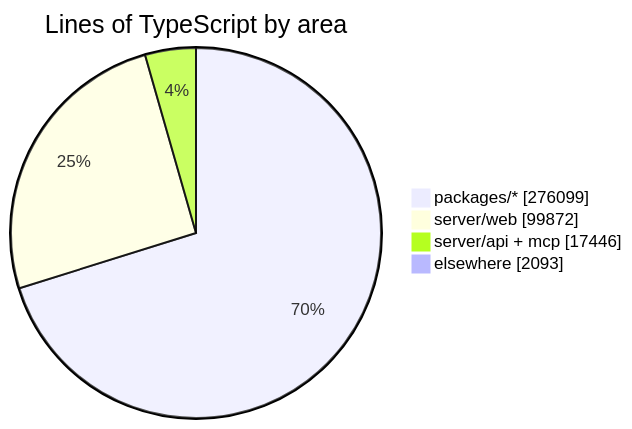
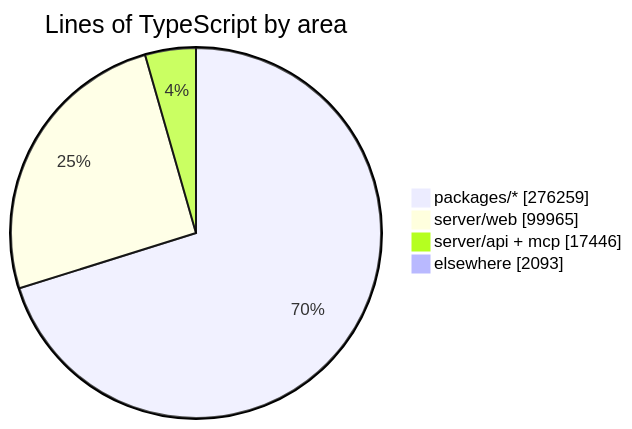
One commit to crossworks-engineering/mantle changed the diagram in README.md. Above: the diagram before and after it, drawn with Mermaid. The commit also changed other lines of this file and 2 other files, not shown here.

````diff
--- a/README.md
+++ b/README.md
@@ -294,7 +294,7 @@
 ```mermaid
 pie showData title Lines of TypeScript by area
-    "packages/*" : 276099
-    "server/web" : 99872
+    "packages/*" : 276259
+    "server/web" : 99965
     "server/api + mcp" : 17446
     "elsewhere" : 2093
 ```
````
